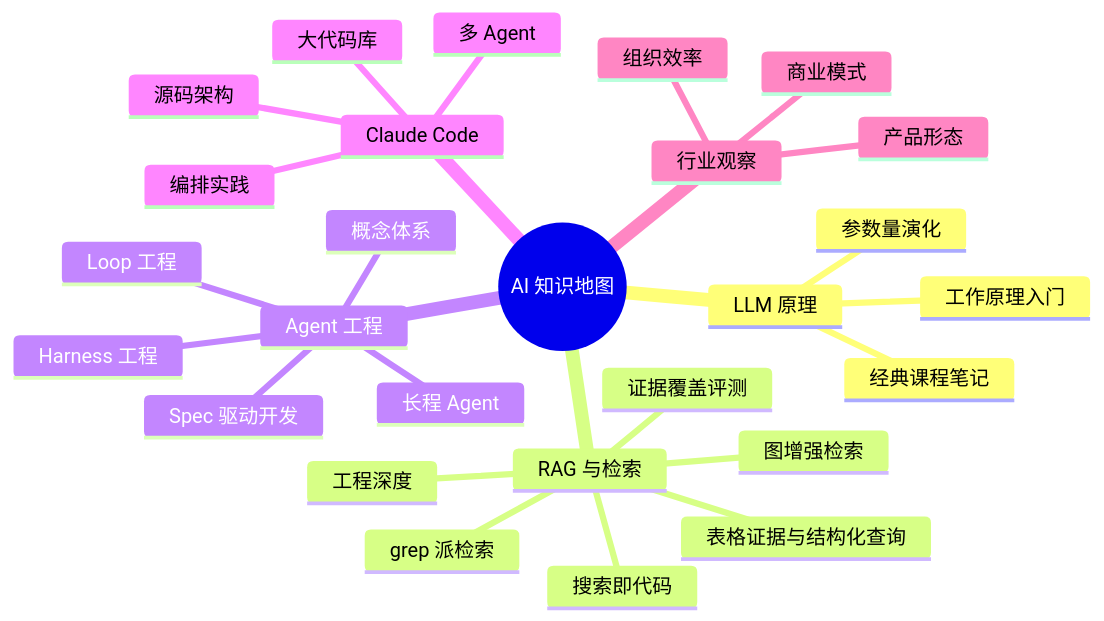
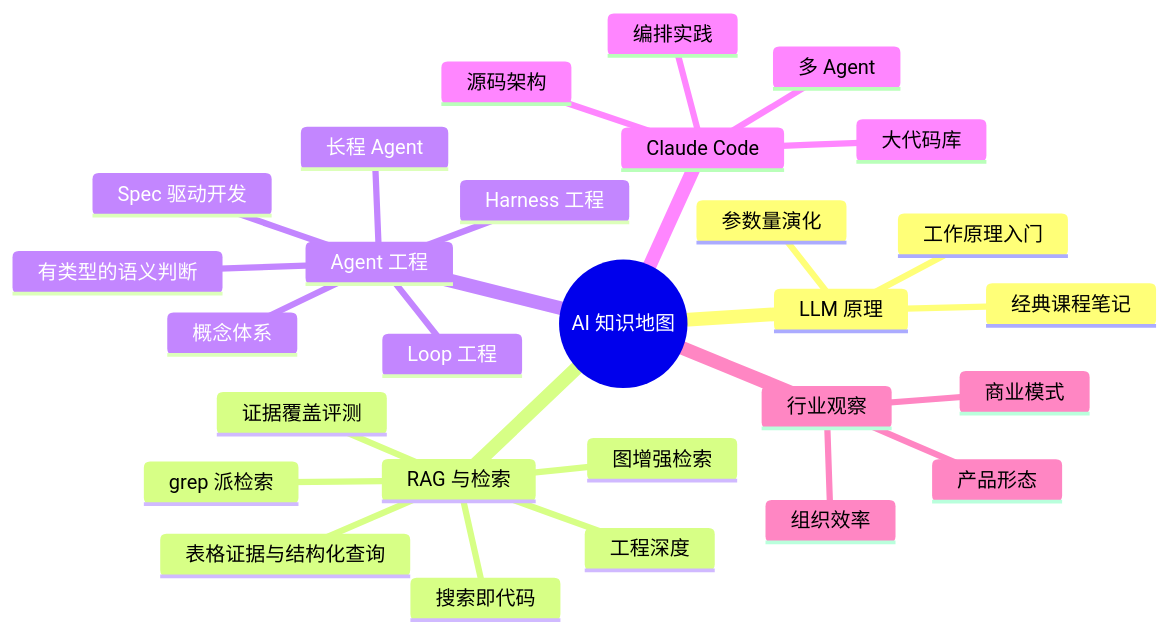
The diagram in _wiki/ai-llm-agent.md (puppylpg/puppylpg.github.io), drawn with Mermaid before and after one commit. The commit also changed other lines of this file and 1 other file, not shown here.

````diff
--- a/_wiki/ai-llm-agent.md
+++ b/_wiki/ai-llm-agent.md
@@ -25,30 +25,31 @@
 ```mermaid
 mindmap
   root((AI 知识地图))
     LLM 原理
       工作原理入门
       参数量演化
       经典课程笔记
     RAG 与检索
       工程深度
       图增强检索
       grep 派检索
       搜索即代码
       证据覆盖评测
       表格证据与结构化查询
     Agent 工程
       概念体系
       Harness 工程
       Loop 工程
       长程 Agent
       Spec 驱动开发
+      有类型的语义判断
     Claude Code
       源码架构
       多 Agent
       大代码库
       编排实践
     行业观察
       产品形态
       商业模式
       组织效率
 ```
````
